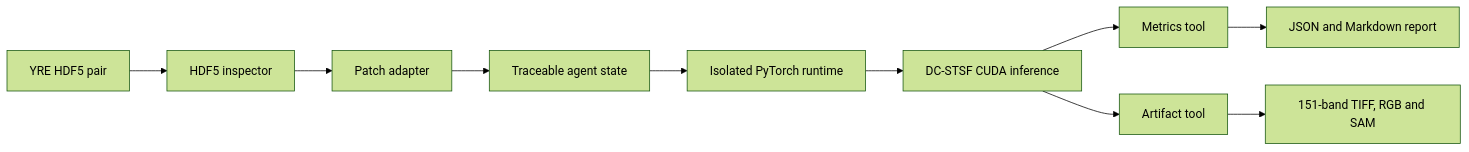
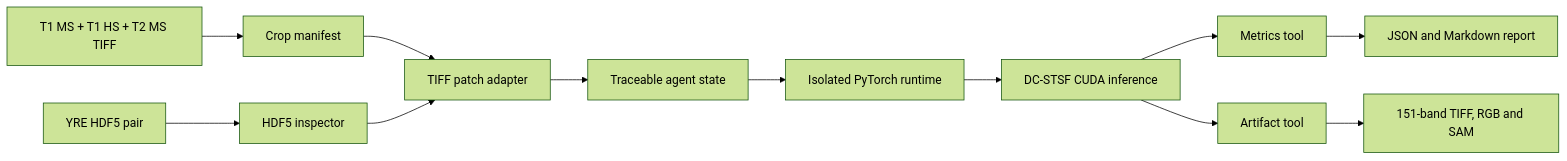
Before and after one commit to Mona659/RSFusionAgent: the first of 2 diagrams in README.md, drawn with Mermaid (forest theme). The commit also changed other lines of this file and 17 other files, not shown here.

````diff
--- a/README.md
+++ b/README.md
@@ -17,12 +17,14 @@
 ```mermaid
 flowchart LR
     A["YRE HDF5 pair"] --> B["HDF5 inspector"]
-    B --> C["Patch adapter"]
+    T["T1 MS + T1 HS + T2 MS TIFF"] --> W["Crop manifest"]
+    W --> C["TIFF patch adapter"]
+    B --> C
     C --> D["Traceable agent state"]
     D --> E["Isolated PyTorch runtime"]
     E --> F["DC-STSF CUDA inference"]
     F --> G["Metrics tool"]
     F --> H["Artifact tool"]
     G --> I["JSON and Markdown report"]
     H --> J["151-band TIFF, RGB and SAM"]
 ```
````
